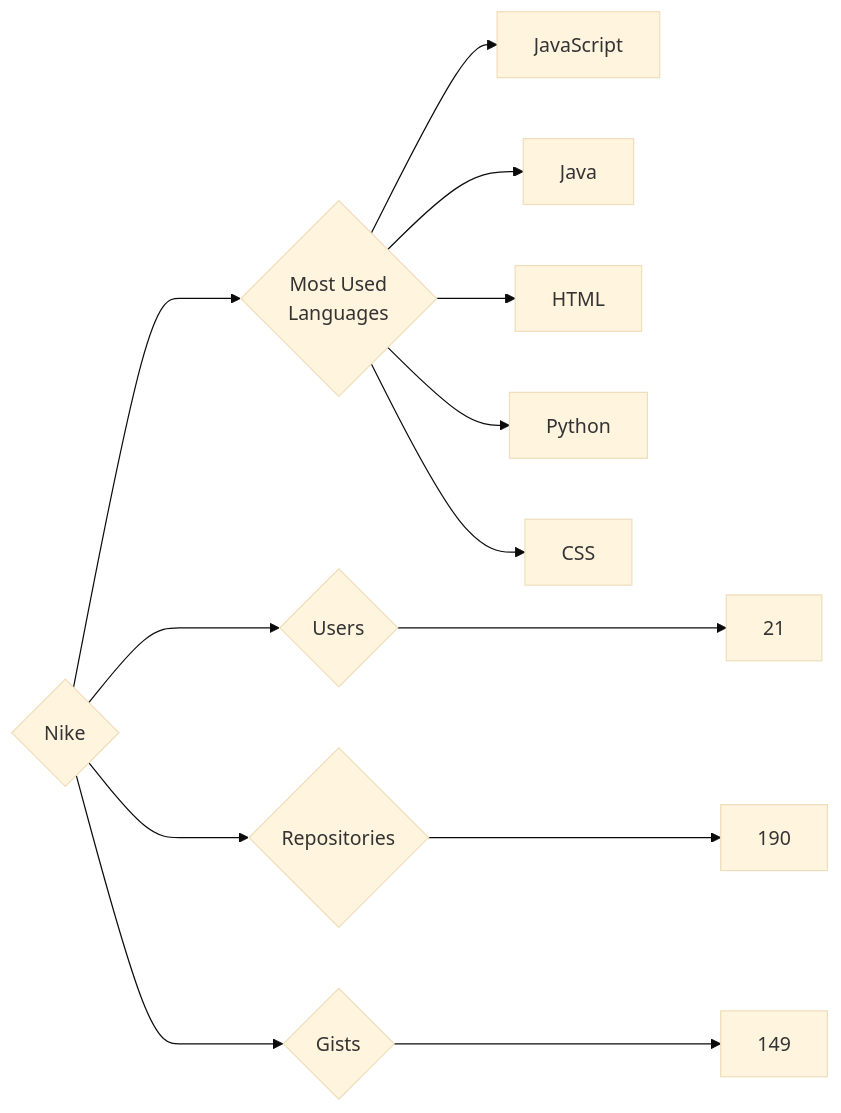
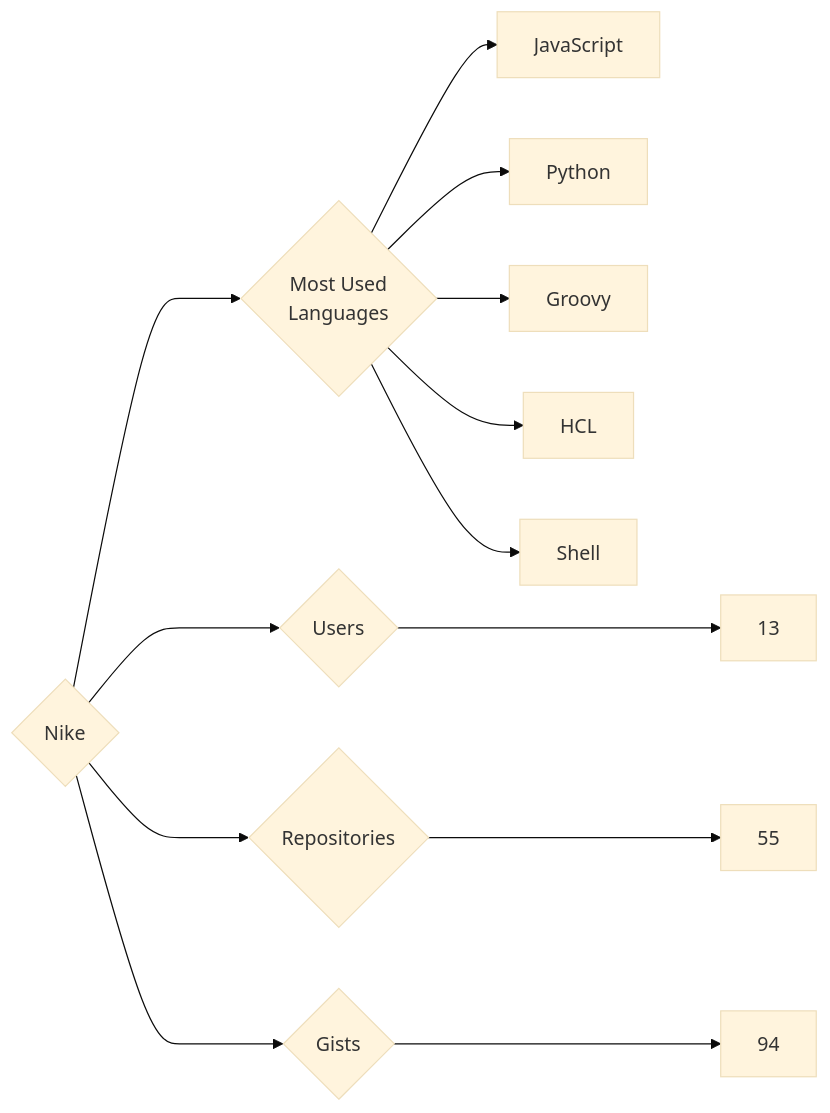
The diagram in targets/Nike/README.md (trickest/insiders), drawn with Mermaid (base theme) before and after one commit. The commit also changed 964 other files, not shown here.

````diff
--- a/targets/Nike/README.md
+++ b/targets/Nike/README.md
@@ -3,13 +3,13 @@
 ```mermaid
 graph LR
 COMPANY_NAME{Nike}
-COMPANY_NAME ---> U{Users} ---> UN[21]
-COMPANY_NAME ---> R{Repositories} ---> RN[190]
-COMPANY_NAME ---> G{Gists} ---> GN[149]
+COMPANY_NAME ---> U{Users} ---> UN[13]
+COMPANY_NAME ---> R{Repositories} ---> RN[55]
+COMPANY_NAME ---> G{Gists} ---> GN[94]
 COMPANY_NAME ---> ML{Most Used<br>Languages}
 ML --> JavaScript[JavaScript]
-ML --> Java[Java]
-ML --> HTML[HTML]
 ML --> Python[Python]
-ML --> CSS[CSS]
+ML --> Groovy[Groovy]
+ML --> HCL[HCL]
+ML --> Shell[Shell]
 ```
````
